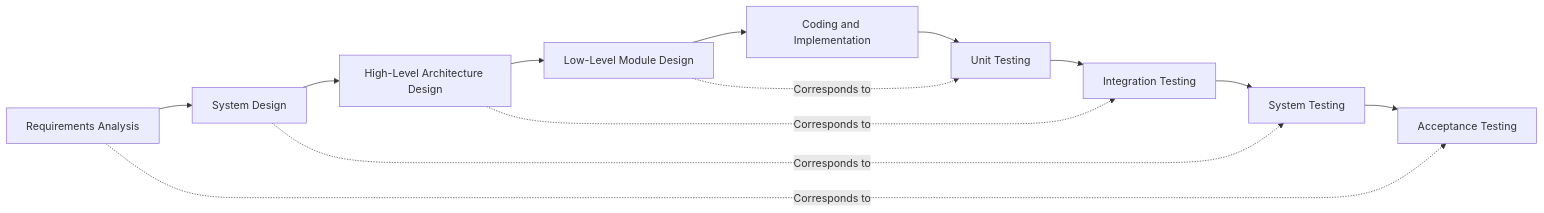
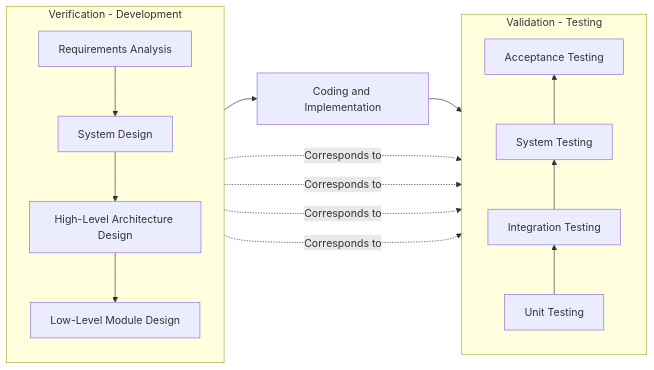
One commit to masoomshaikhh/QuizFlix changed the diagram in docs/sdlc_v_model.md. Above: the diagram before and after it, drawn with Mermaid. The commit also changed other lines of this file and 6 other files, not shown here.

````diff
--- a/docs/sdlc_v_model.md
+++ b/docs/sdlc_v_model.md
@@ -40,16 +40,29 @@
 ```mermaid
 flowchart LR
-    A["Requirements Analysis"] --> B["System Design"]
-    B --> C["High-Level Architecture Design"]
-    C --> D["Low-Level Module Design"]
-    D --> E["Coding and Implementation"]
-    E --> F["Unit Testing"]
-    F --> G["Integration Testing"]
-    G --> H["System Testing"]
-    H --> I["Acceptance Testing"]
+    subgraph V["Verification - Development"]
+        direction TB
+        A["Requirements Analysis"]
+        B["System Design"]
+        C["High-Level Architecture Design"]
+        D["Low-Level Module Design"]
+        A --> B --> C --> D
+    end
+
+    E["Coding and Implementation"]
+
+    subgraph T["Validation - Testing"]
+        direction BT
+        F["Unit Testing"]
+        G["Integration Testing"]
+        H["System Testing"]
+        I["Acceptance Testing"]
+        F --> G --> H --> I
+    end
+
+    D --> E --> F
 
     A -. "Corresponds to" .-> I
     B -. "Corresponds to" .-> H
     C -. "Corresponds to" .-> G
     D -. "Corresponds to" .-> F
 ```
````
